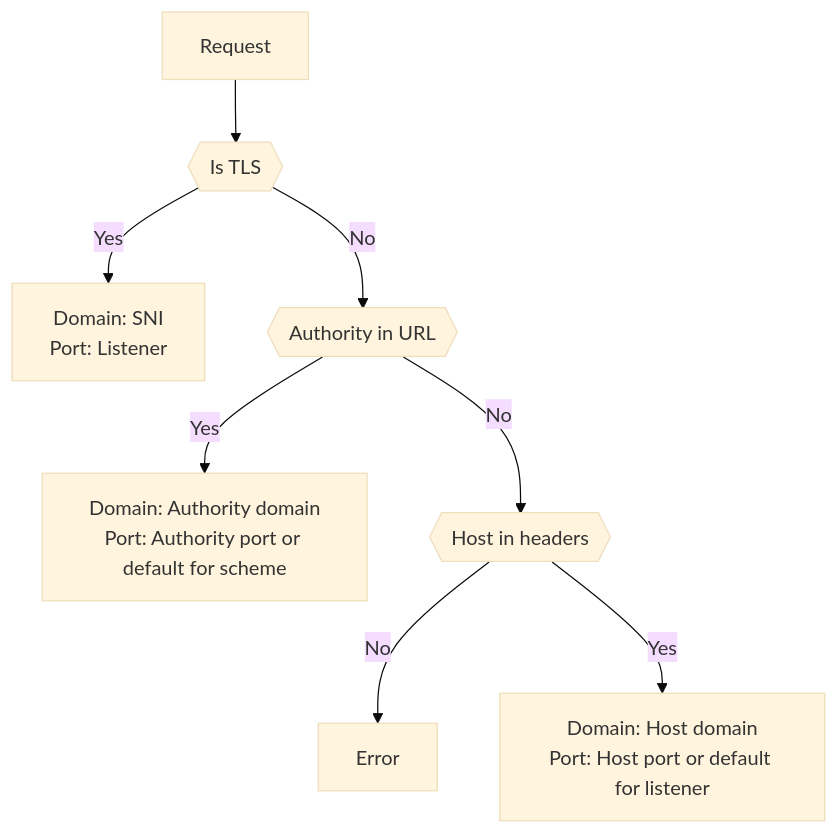
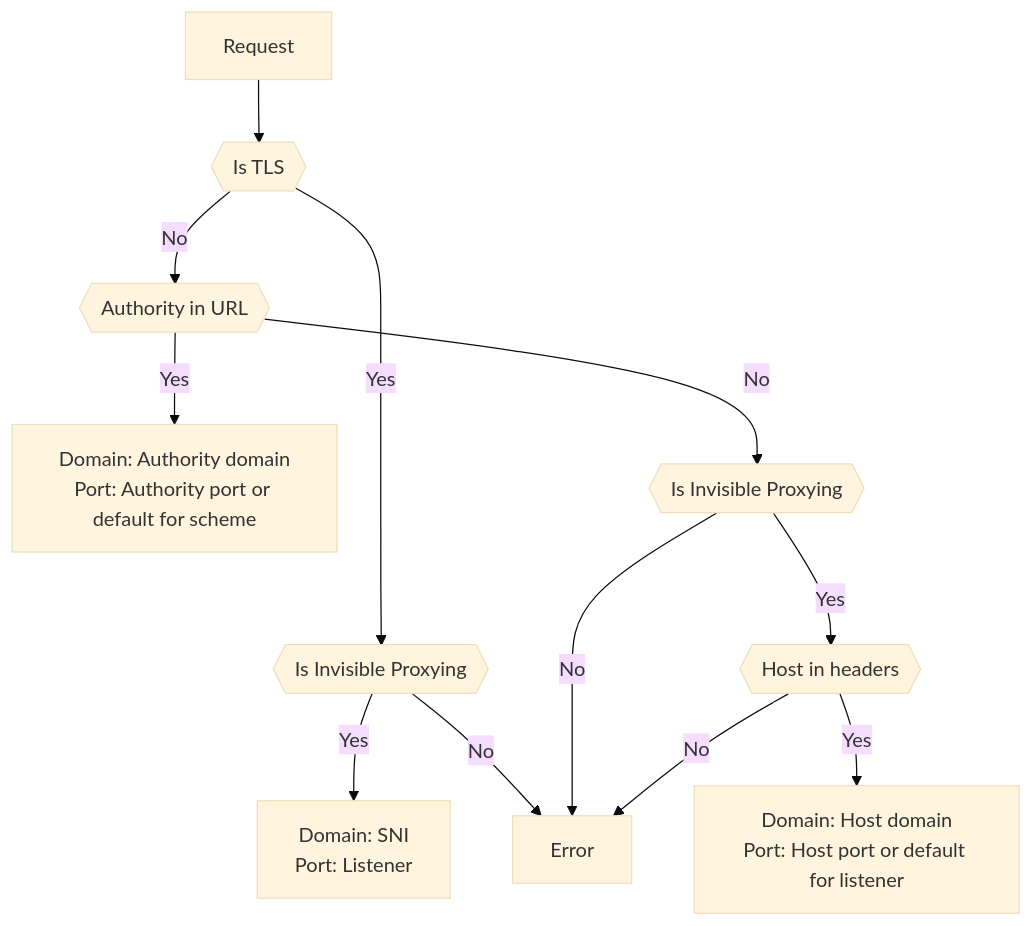
The second of 2 diagrams in src/concepts/proxying/traffic_splitting.md (caido/documentation), drawn with Mermaid (base theme) before and after one commit. The commit also changed other lines of this file and 5 other files, not shown here.

````diff
--- a/src/concepts/proxying/traffic_splitting.md
+++ b/src/concepts/proxying/traffic_splitting.md
@@ -35,10 +39,14 @@
 ```mermaid
 flowchart TD
   Request --> TLS{{Is TLS}}
-  TLS --Yes --> SNI[Domain: SNI<br>Port: Listener]
+  TLS --Yes --> InvisibleTLS{{Is Invisible Proxying}}
+  InvisibleTLS --Yes --> SNI[Domain: SNI<br>Port: Listener]
+  InvisibleTLS --No --> Error
   TLS --No --> Url{{Authority in URL}}
   Url --Yes --> Tunnel[Domain: Authority domain<br/>Port: Authority port or default for scheme]
-  Url --No --> Header{{Host in headers}}
+  Url --No --> InvisibleHttp{{Is Invisible Proxying}}
+  InvisibleHttp --Yes --> Header{{Host in headers}}
+  InvisibleHttp --No --> Error
   Header --No --> Error
   Header --Yes --> Direct[Domain: Host domain<br/>Port: Host port or default for listener]
 ```
````
